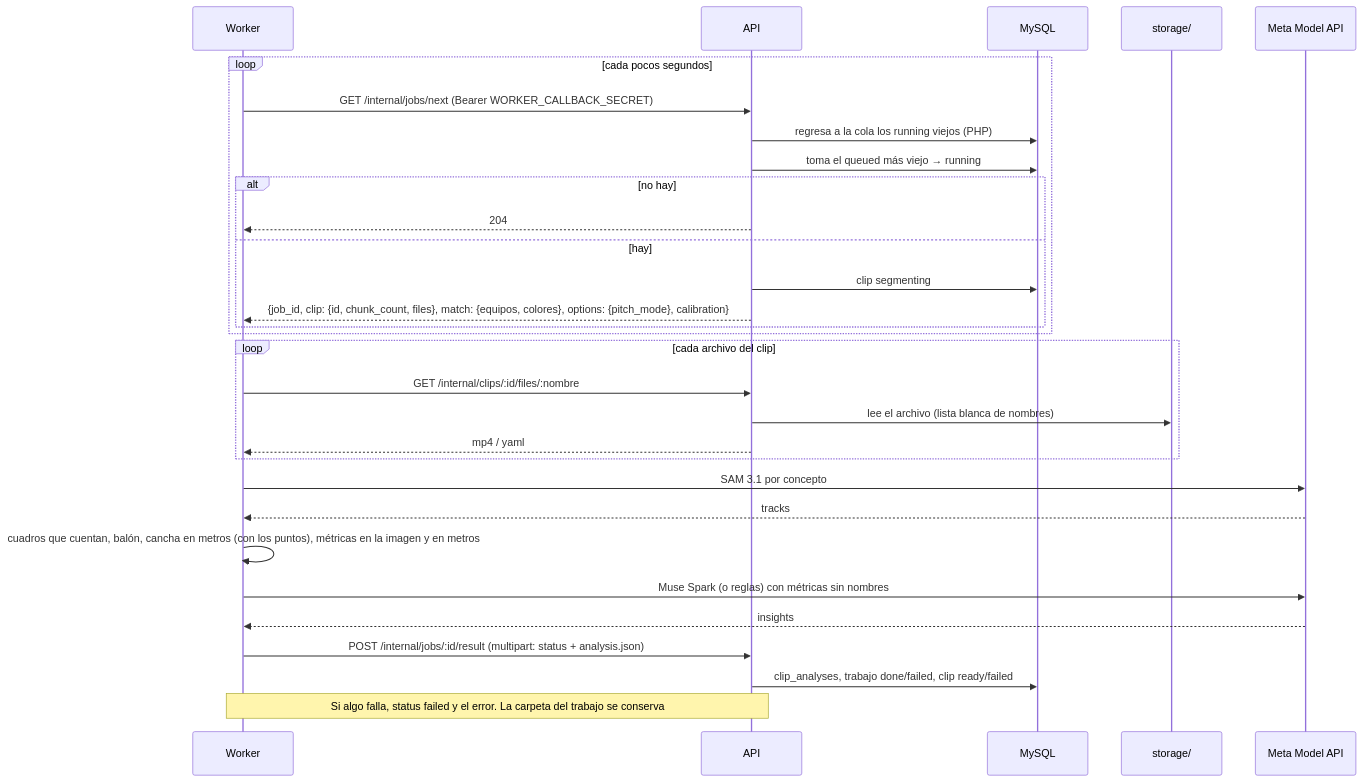
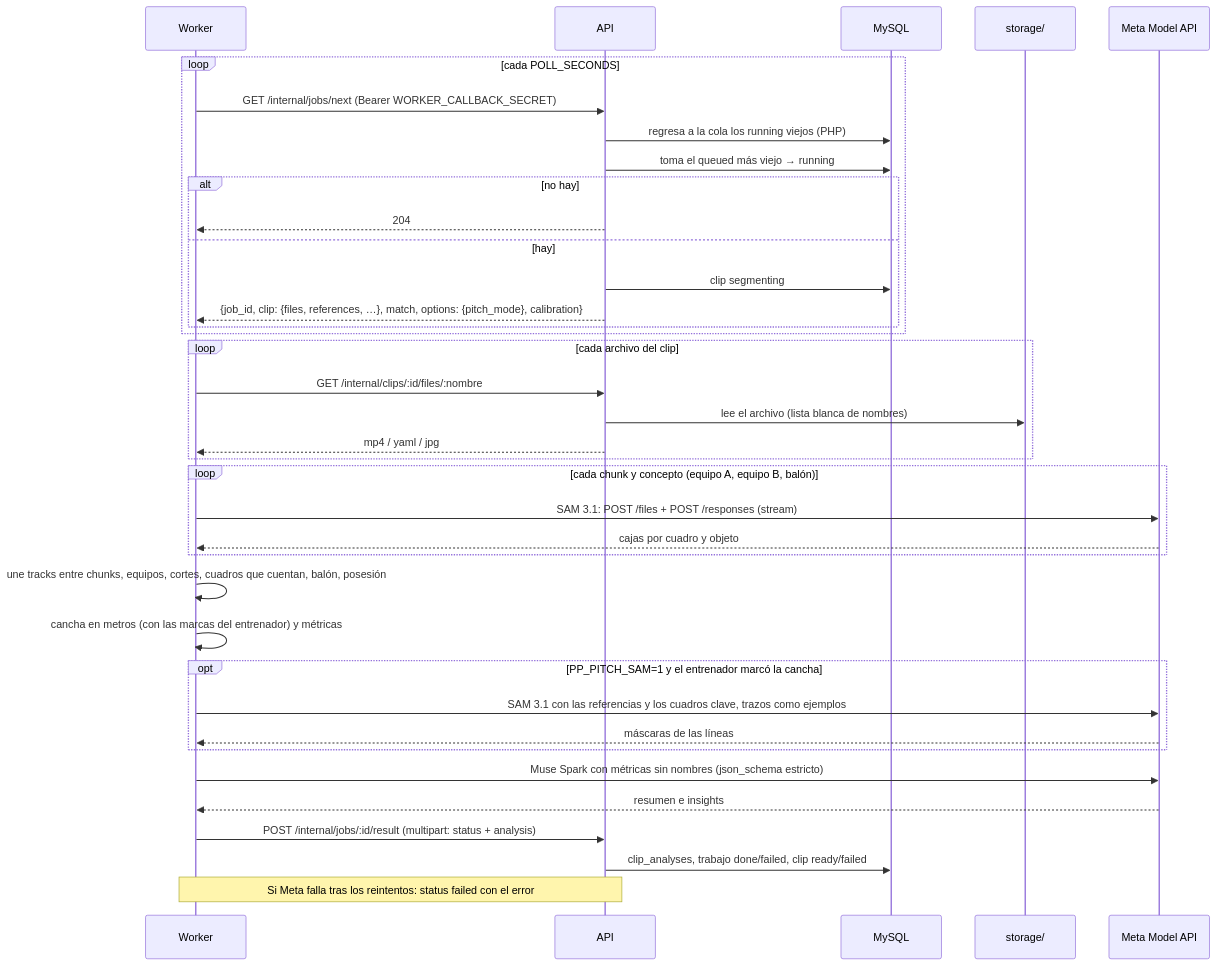
One commit to pepemxl/meta-ai-hackathon-2026 changed the sixth of 7 diagrams in docs/arquitectura/04-flujos.md. Above: the diagram before and after it, drawn with Mermaid. The commit also changed other lines of this file and 16 other files, not shown here.

````diff
--- a/docs/arquitectura/04-flujos.md
+++ b/docs/arquitectura/04-flujos.md
@@ -154,33 +205,40 @@
 ```mermaid
 sequenceDiagram
     participant W as Worker
     participant API as API
     participant DB as MySQL
     participant FS as storage/
     participant M as Meta Model API
 
-    loop cada pocos segundos
+    loop cada POLL_SECONDS
         W->>API: GET /internal/jobs/next (Bearer WORKER_CALLBACK_SECRET)
         API->>DB: regresa a la cola los running viejos (PHP)
         API->>DB: toma el queued más viejo → running
         alt no hay
             API-->>W: 204
         else hay
             API->>DB: clip segmenting
-            API-->>W: {job_id, clip: {id, chunk_count, files}, match: {equipos, colores}, options: {pitch_mode}, calibration}
+            API-->>W: {job_id, clip: {files, references, …}, match, options: {pitch_mode}, calibration}
         end
     end
     loop cada archivo del clip
         W->>API: GET /internal/clips/:id/files/:nombre
         API->>FS: lee el archivo (lista blanca de nombres)
-        API-->>W: mp4 / yaml
+        API-->>W: mp4 / yaml / jpg
     end
-    W->>M: SAM 3.1 por concepto
-    M-->>W: tracks
-    W->>W: cuadros que cuentan, balón, cancha en metros (con los puntos), métricas en la imagen y en metros
-    W->>M: Muse Spark (o reglas) con métricas sin nombres
-    M-->>W: insights
-    W->>API: POST /internal/jobs/:id/result (multipart: status + analysis.json)
+    loop cada chunk y concepto (equipo A, equipo B, balón)
+        W->>M: SAM 3.1: POST /files + POST /responses (stream)
+        M-->>W: cajas por cuadro y objeto
+    end
+    W->>W: une tracks entre chunks, equipos, cortes, cuadros que cuentan, balón, posesión
+    W->>W: cancha en metros (con las marcas del entrenador) y métricas
+    opt PP_PITCH_SAM=1 y el entrenador marcó la cancha
+        W->>M: SAM 3.1 con las referencias y los cuadros clave, trazos como ejemplos
+        M-->>W: máscaras de las líneas
+    end
+    W->>M: Muse Spark con métricas sin nombres (json_schema estricto)
+    M-->>W: resumen e insights
+    W->>API: POST /internal/jobs/:id/result (multipart: status + analysis)
     API->>DB: clip_analyses, trabajo done/failed, clip ready/failed
-    Note over W,API: Si algo falla, status failed y el error. La carpeta del trabajo se conserva
+    Note over W,API: Si Meta falla tras los reintentos: status failed con el error
 ```
````
